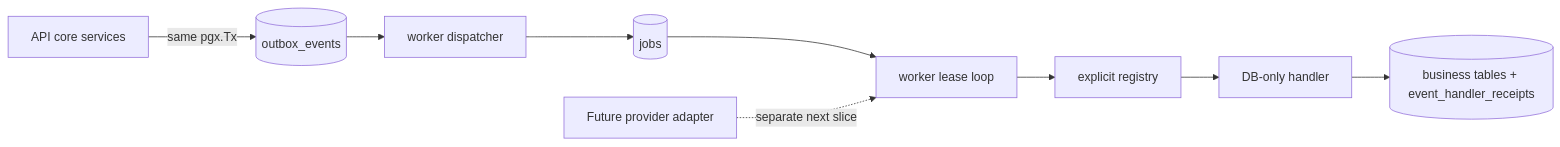
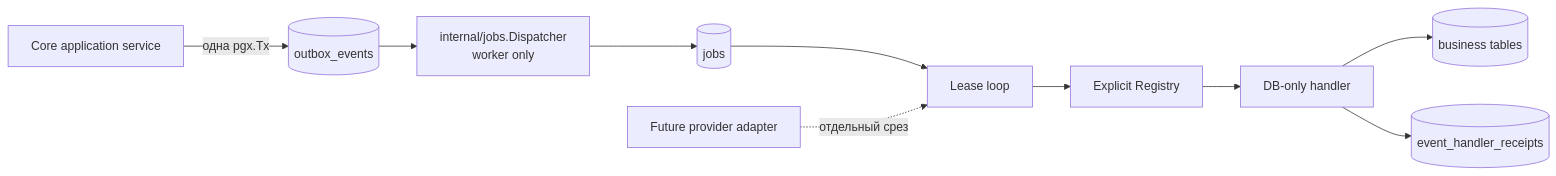
Before and after one commit to NET-BEAR/ohelpdesck: the first of 2 diagrams in docs/ai_team/2026-09-11-spec-030-durable-jobs/ARCHITECTURE.md, drawn with Mermaid. The commit also changed other lines of this file, not shown here.

Commit message:
docs: finalize durable jobs architecture

````diff
--- a/docs/ai_team/2026-09-11-spec-030-durable-jobs/ARCHITECTURE.md
+++ b/docs/ai_team/2026-09-11-spec-030-durable-jobs/ARCHITECTURE.md
@@ -9,11 +11,12 @@
 ```mermaid
 flowchart LR
-  API[API core services] -->|same pgx.Tx| O[(outbox_events)]
-  O --> D[worker dispatcher]
+  C[Core application service] -->|одна pgx.Tx| O[(outbox_events)]
+  O --> D[internal/jobs.Dispatcher<br/>worker only]
   D --> J[(jobs)]
-  J --> W[worker lease loop]
-  W --> R[explicit registry]
+  J --> L[Lease loop]
+  L --> R[Explicit Registry]
   R --> H[DB-only handler]
-  H --> X[(business tables + event_handler_receipts)]
-  P[Future provider adapter] -. separate next slice .-> W
+  H --> B[(business tables)]
+  H --> E[(event_handler_receipts)]
+  P[Future provider adapter] -. отдельный срез .-> L
 ```
````
